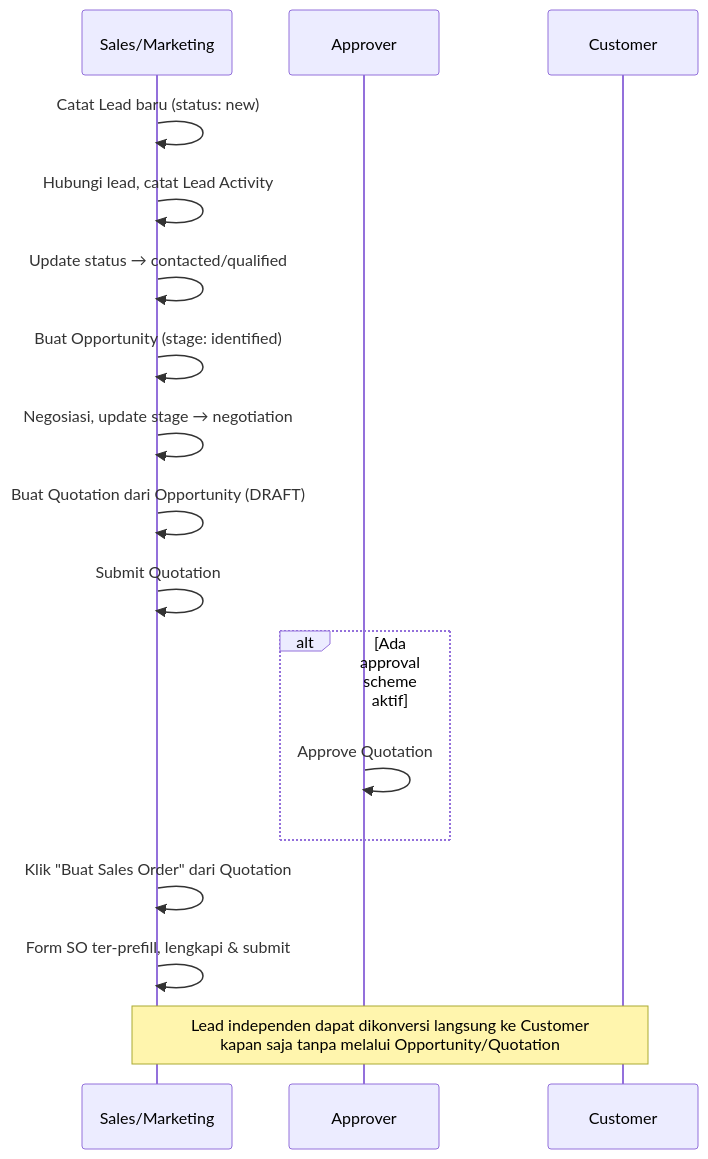
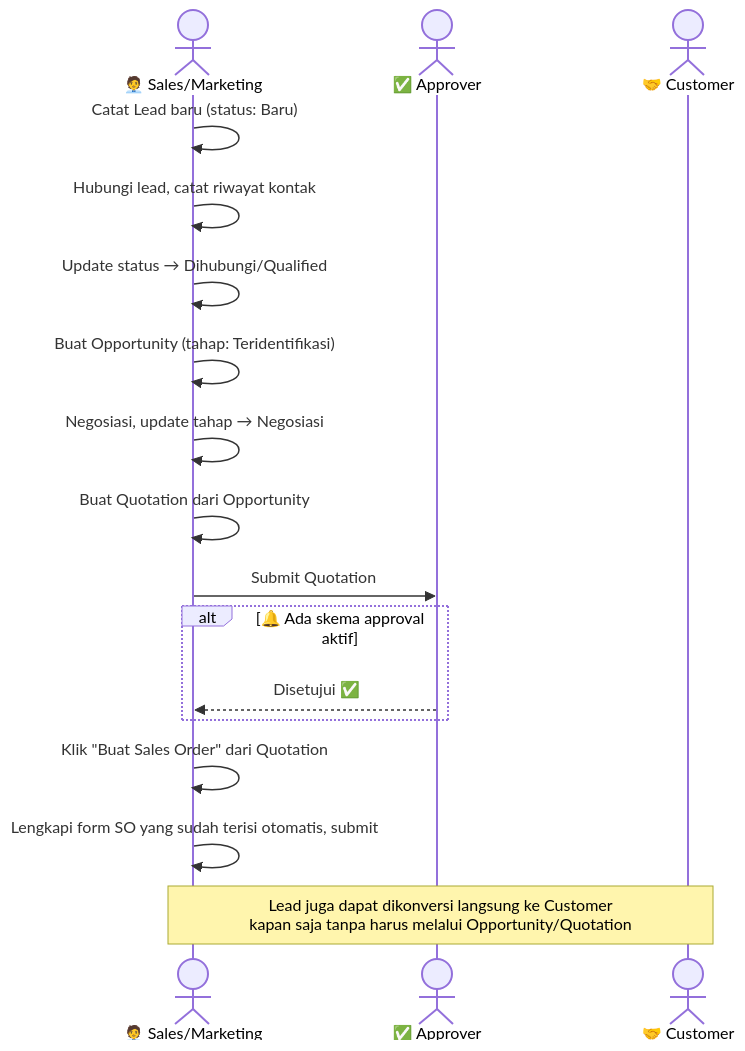
The second of 2 diagrams in docs/modules/crm.md (RimbunCode/erp_pataya), drawn with Mermaid before and after one commit. The commit also changed other lines of this file and 14 other files, not shown here.

````diff
--- a/docs/modules/crm.md
+++ b/docs/modules/crm.md
@@ -273,20 +201,21 @@
 ```mermaid
 sequenceDiagram
-    participant Sales as Sales/Marketing
-    participant Approver as Approver
-    participant Customer as Customer
+    actor Sales as 🧑‍💼 Sales/Marketing
+    actor Approver as ✅ Approver
+    actor Customer as 🤝 Customer
 
-    Sales->>Sales: Catat Lead baru (status: new)
-    Sales->>Sales: Hubungi lead, catat Lead Activity
-    Sales->>Sales: Update status → contacted/qualified
-    Sales->>Sales: Buat Opportunity (stage: identified)
-    Sales->>Sales: Negosiasi, update stage → negotiation
-    Sales->>Sales: Buat Quotation dari Opportunity (DRAFT)
-    Sales->>Sales: Submit Quotation
-    alt Ada approval scheme aktif
-        Approver->>Approver: Approve Quotation
+    Sales->>Sales: Catat Lead baru (status: Baru)
+    Sales->>Sales: Hubungi lead, catat riwayat kontak
+    Sales->>Sales: Update status → Dihubungi/Qualified
+    Sales->>Sales: Buat Opportunity (tahap: Teridentifikasi)
+    Sales->>Sales: Negosiasi, update tahap → Negosiasi
+    Sales->>Sales: Buat Quotation dari Opportunity
+    Sales->>Approver: Submit Quotation
+    alt 🔔 Ada skema approval aktif
+        Approver-->>Sales: Disetujui ✅
     end
     Sales->>Sales: Klik "Buat Sales Order" dari Quotation
-    Sales->>Sales: Form SO ter-prefill, lengkapi & submit
-    Note over Sales,Customer: Lead independen dapat dikonversi langsung ke Customer<br/>kapan saja tanpa melalui Opportunity/Quotation
+    Sales->>Sales: Lengkapi form SO yang sudah terisi otomatis, submit
+
+    Note over Sales,Customer: Lead juga dapat dikonversi langsung ke Customer<br/>kapan saja tanpa harus melalui Opportunity/Quotation
 ```
````
